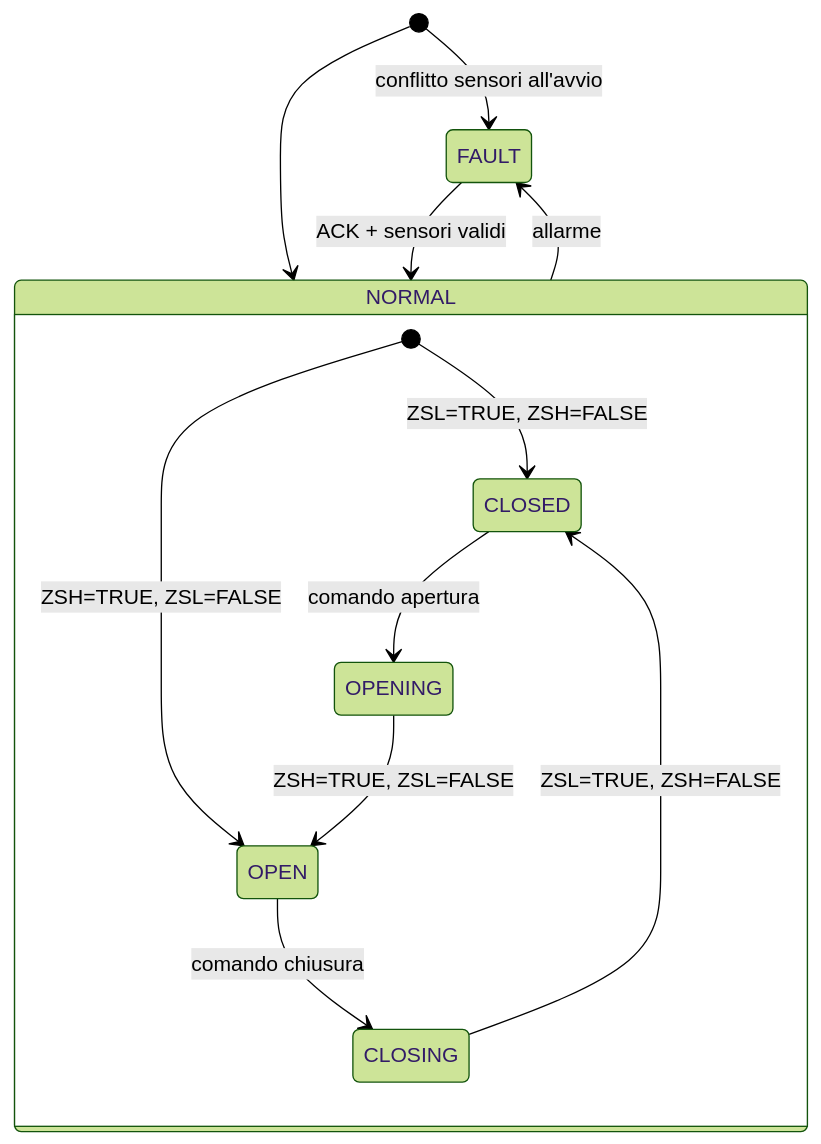
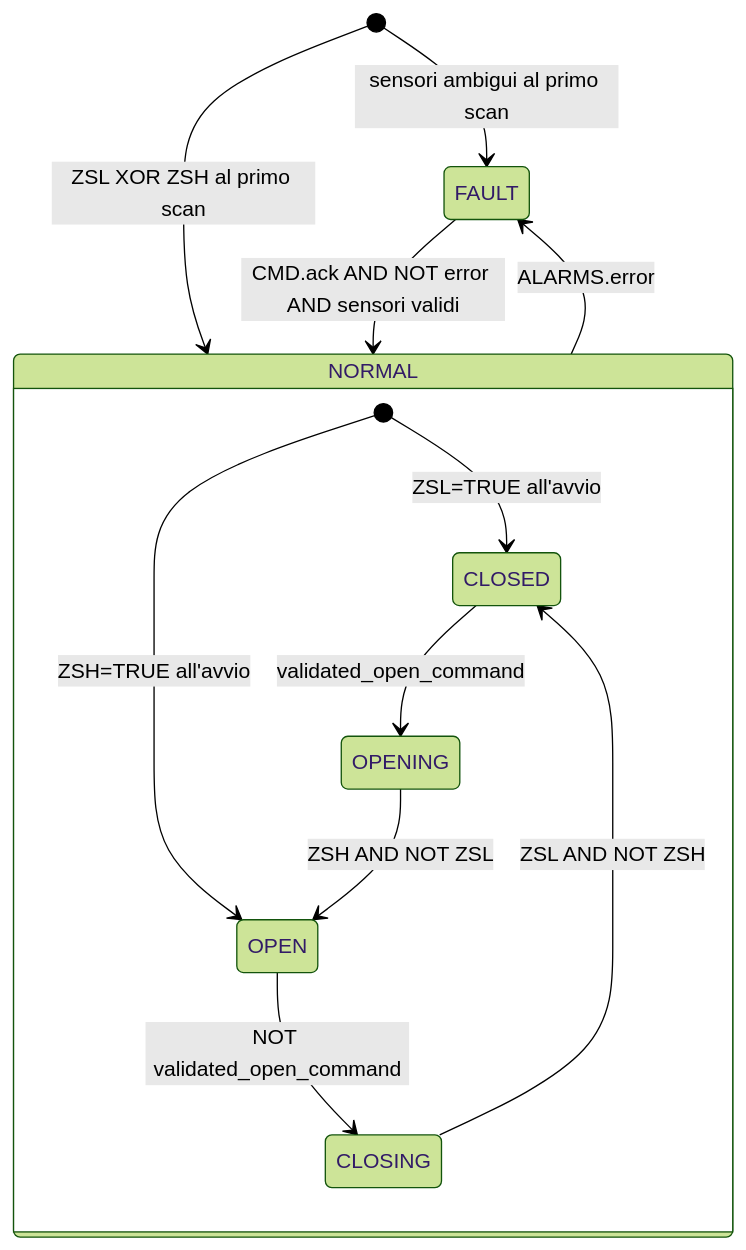
Before and after one commit to AleFire99/TIA_knowledge: the second of 2 diagrams in docs/library/valves/butterfly/single_solenoid/index.it.md, drawn with Mermaid (forest theme). The commit also changed other lines of this file and 95 other files, not shown here.

````diff
--- a/docs/library/valves/butterfly/single_solenoid/index.it.md
+++ b/docs/library/valves/butterfly/single_solenoid/index.it.md
@@ -110,16 +128,17 @@
 ```mermaid
 stateDiagram-v2
-    [*] --> NORMAL
-    [*] --> FAULT : conflitto sensori all'avvio
-    NORMAL --> FAULT : allarme
-    FAULT --> NORMAL : ACK + sensori validi
+    [*] --> NORMAL : ZSL XOR ZSH al primo scan
+    [*] --> FAULT : sensori ambigui al primo scan
+
+    NORMAL --> FAULT : ALARMS.error
+    FAULT --> NORMAL : CMD.ack AND NOT error AND sensori validi
 
     state NORMAL {
-        [*] --> CLOSED : ZSL=TRUE, ZSH=FALSE
-        [*] --> OPEN : ZSH=TRUE, ZSL=FALSE
-        CLOSED --> OPENING : comando apertura
-        OPENING --> OPEN : ZSH=TRUE, ZSL=FALSE
-        OPEN --> CLOSING : comando chiusura
-        CLOSING --> CLOSED : ZSL=TRUE, ZSH=FALSE
+        [*] --> CLOSED : ZSL=TRUE all'avvio
+        [*] --> OPEN : ZSH=TRUE all'avvio
+        CLOSED --> OPENING : validated_open_command
+        OPENING --> OPEN : ZSH AND NOT ZSL
+        OPEN --> CLOSING : NOT validated_open_command
+        CLOSING --> CLOSED : ZSL AND NOT ZSH
     }
 ```
````
